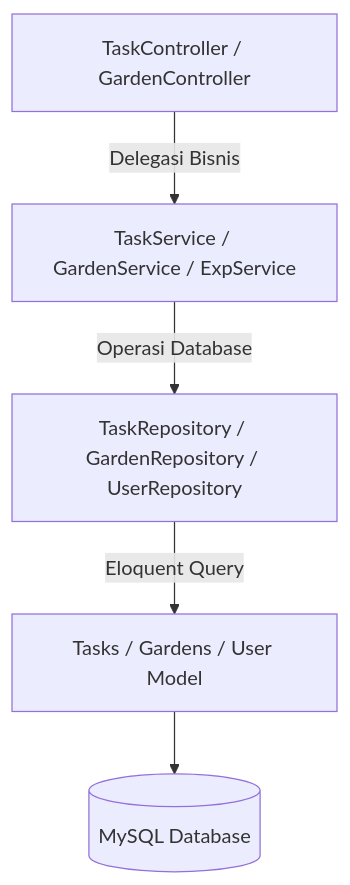
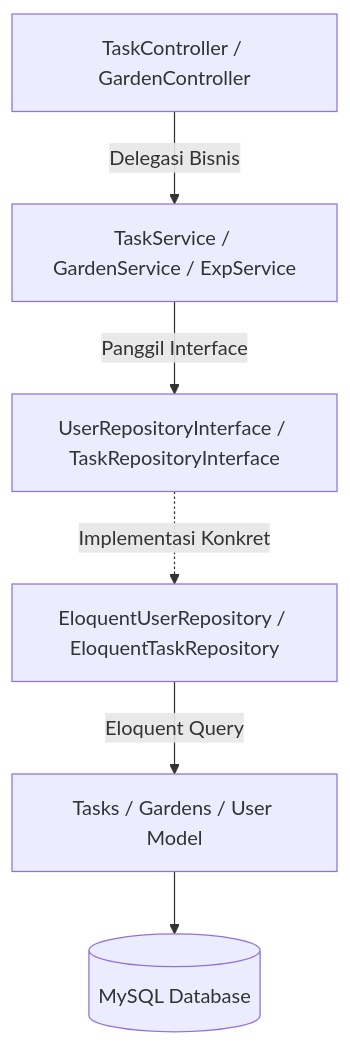
One commit to DikryRamdani/gardenOfHabits-backend-laravel changed the diagram in README.md. Above: the diagram before and after it, drawn with Mermaid. The commit also changed other lines of this file and 24 other files, not shown here.

````diff
--- a/README.md
+++ b/README.md
@@ -11,7 +11,8 @@
 ```mermaid
 graph TD
     Controller[TaskController / GardenController] -->|Delegasi Bisnis| Service[TaskService / GardenService / ExpService]
-    Service -->|Operasi Database| Repository[TaskRepository / GardenRepository / UserRepository]
+    Service -->|Panggil Interface| Contract[UserRepositoryInterface / TaskRepositoryInterface]
+    Contract -.->|Implementasi Konkret| Repository[EloquentUserRepository / EloquentTaskRepository]
     Repository -->|Eloquent Query| Model[Tasks / Gardens / User Model]
     Model --> Database[(MySQL Database)]
 ```
````
